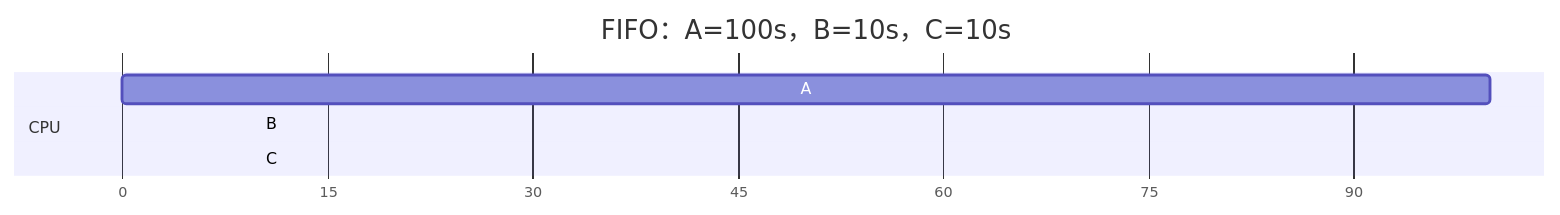
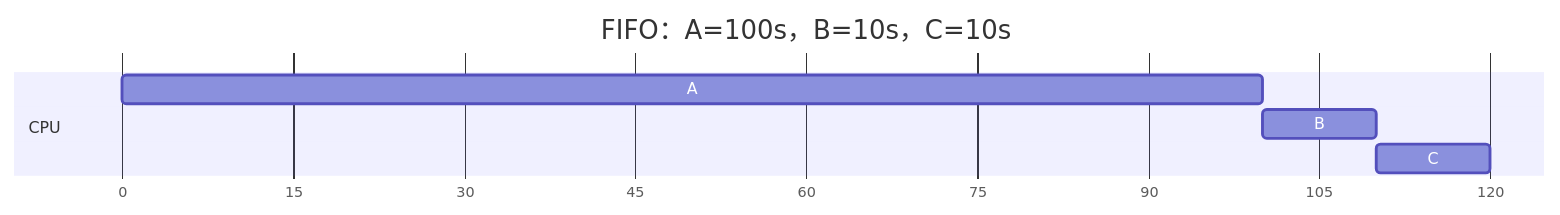
One commit to Meer-Matze/Meer-Matze.github.io changed the third of 12 diagrams in src/content/posts/CPU虚拟化.md. Above: the diagram before and after it, drawn with Mermaid. The commit also changed other lines of this file, not shown here.

````diff
--- a/src/content/posts/CPU虚拟化.md
+++ b/src/content/posts/CPU虚拟化.md
@@ -343,10 +334,10 @@
 ```mermaid
 gantt
     title FIFO：A=100s，B=10s，C=10s
     dateFormat X
     axisFormat %s
     section CPU
-    A :a1, 0, 100
-    B :b1, after a1, 10
-    C :c1, after b1, 10
+    A :a1, 0, 100s
+    B :b1, after a1, 10s
+    C :c1, after b1, 10s
 ```
````
